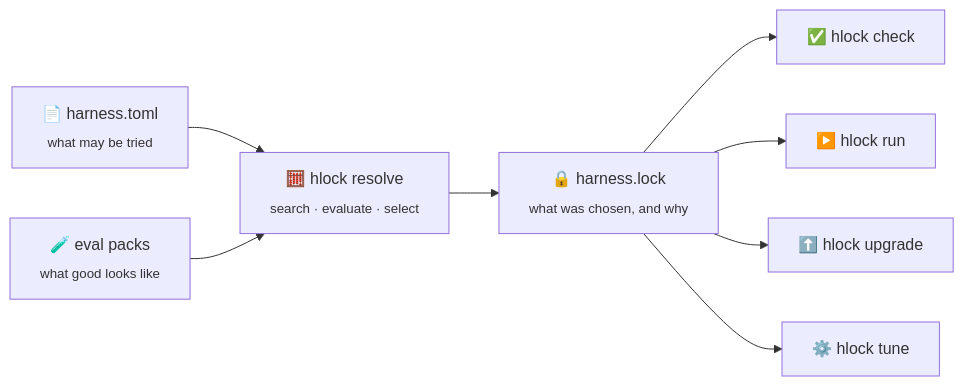
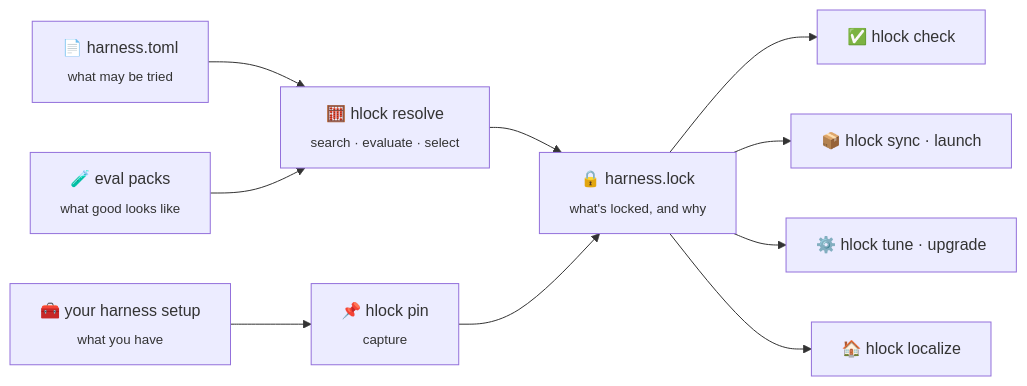
The diagram in docs/concepts/index.md (unionai-oss/hlock), drawn with Mermaid before and after one commit. The commit also changed other lines of this file and 26 other files, not shown here.

````diff
--- a/docs/concepts/index.md
+++ b/docs/concepts/index.md
@@ -11,10 +17,12 @@
 ```mermaid
 flowchart LR
+    H["🧰 your harness setup<br/><sub>what you have</sub>"] --> P["📌 hlock pin<br/><sub>capture</sub>"]
     M["📄 harness.toml<br/><sub>what may be tried</sub>"] --> R
     T["🧪 eval packs<br/><sub>what good looks like</sub>"] --> R
-    R["🧮 hlock resolve<br/><sub>search · evaluate · select</sub>"] --> L["🔒 harness.lock<br/><sub>what was chosen, and why</sub>"]
+    R["🧮 hlock resolve<br/><sub>search · evaluate · select</sub>"] --> L
+    P --> L["🔒 harness.lock<br/><sub>what's locked, and why</sub>"]
     L --> C["✅ hlock check"]
-    L --> X["▶️ hlock run"]
-    L --> U["⬆️ hlock upgrade"]
-    L --> O["⚙️ hlock tune"]
+    L --> S["📦 hlock sync · launch"]
+    L --> O["⚙️ hlock tune · upgrade"]
+    L --> Z["🏠 hlock localize"]
 ```
````
